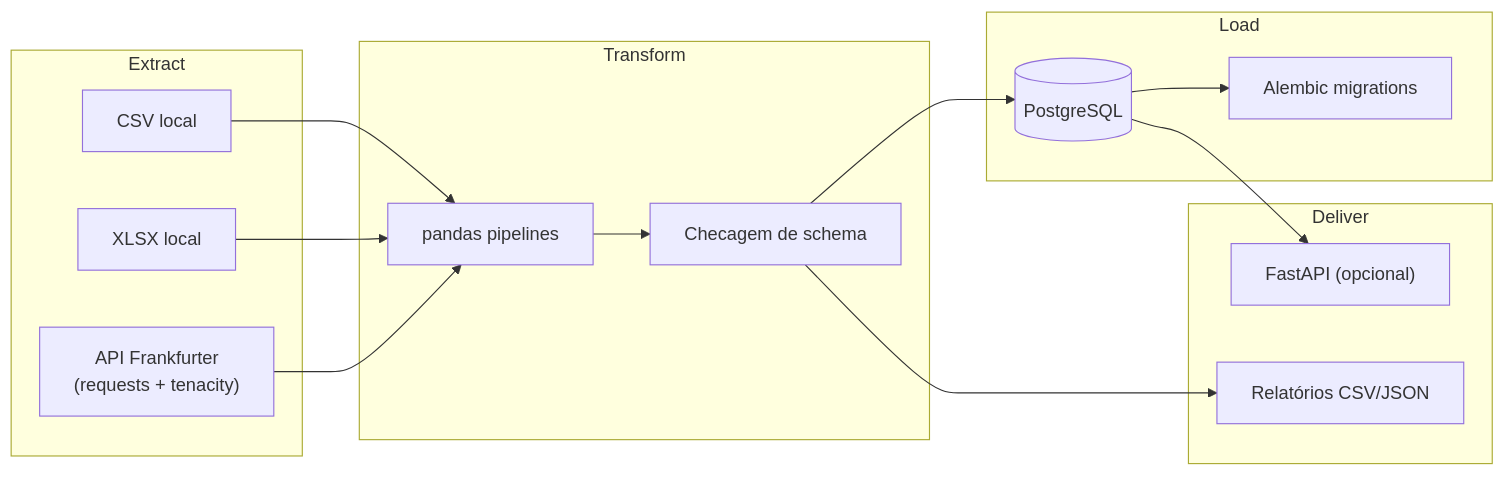
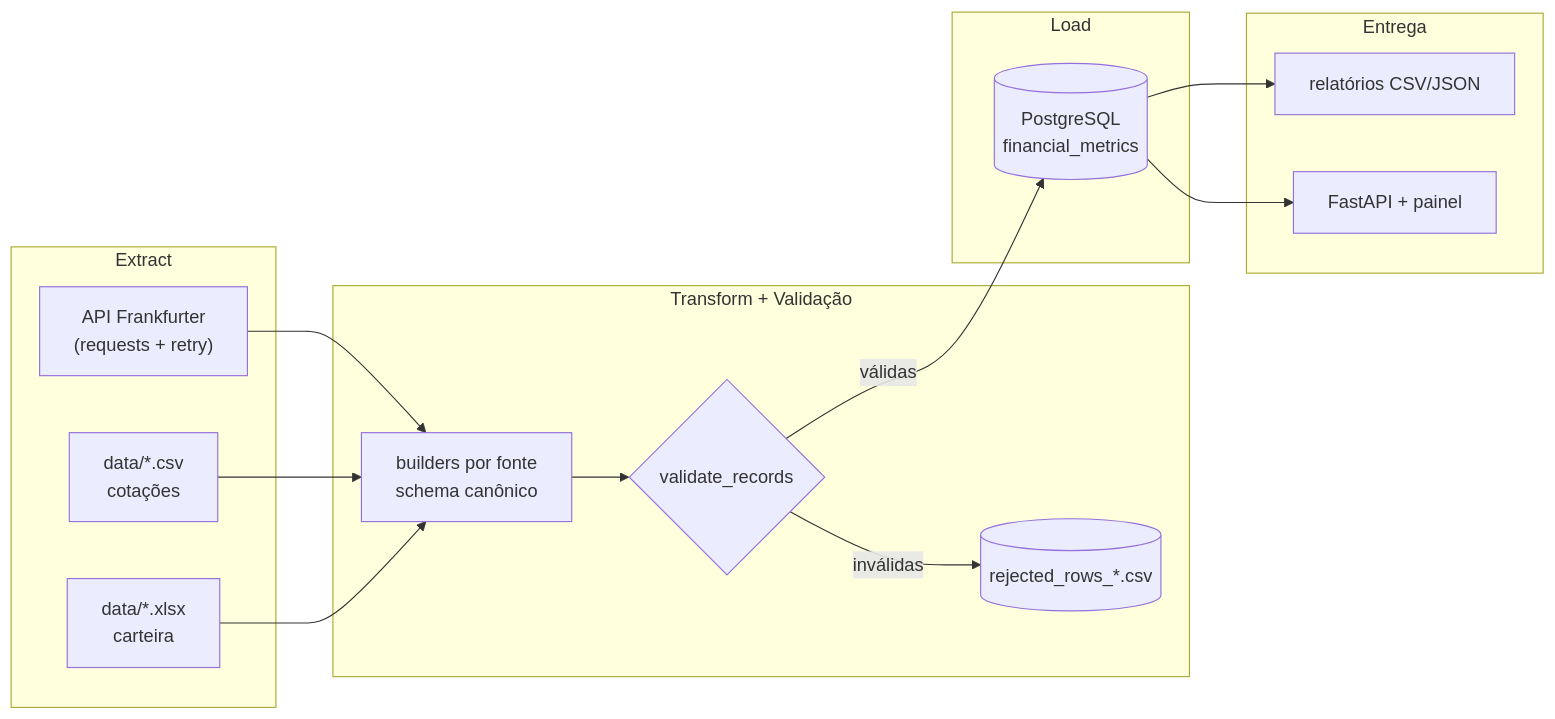
The diagram in README.md (augustoemiliano/ETL-Financeiro), drawn with Mermaid before and after one commit. The commit also changed other lines of this file, not shown here.

Commit message:
docs: reescreve README (arquitetura, como rodar local/Docker, variáveis, exemplo de saída, testes e CI)

````diff
--- a/README.md
+++ b/README.md
@@ -19,31 +25,32 @@
 ```mermaid
 flowchart LR
   subgraph extract [Extract]
-    A[CSV local]
-    B[XLSX local]
-    C["API Frankfurter\n(requests + tenacity)"]
+    A["API Frankfurter<br/>(requests + retry)"]
+    B["data/*.csv<br/>cotações"]
+    C["data/*.xlsx<br/>carteira"]
   end
 
-  subgraph transform [Transform]
-    P[pandas pipelines]
-    V[Checagem de schema]
+  subgraph transform [Transform + Validação]
+    P[builders por fonte<br/>schema canônico]
+    V{validate_records}
+    Q[(rejected_rows_*.csv)]
   end
 
   subgraph load [Load]
-    R[(PostgreSQL)]
-    M[Alembic migrations]
+    R[(PostgreSQL<br/>financial_metrics)]
   end
 
-  subgraph deliver [Deliver]
-    S[Relatórios CSV/JSON]
-    F["FastAPI (opcional)"]
+  subgraph deliver [Entrega]
+    S[relatórios CSV/JSON]
+    F[FastAPI + painel]
   end
 
   A --> P
   B --> P
   C --> P
-  P --> V --> R
-  V --> S
-  R --> M
+  P --> V
+  V -- válidas --> R
+  V -- inválidas --> Q
+  R --> S
   R --> F
 ```
````
